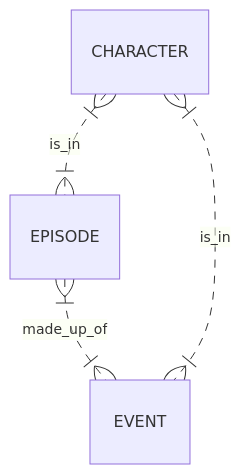
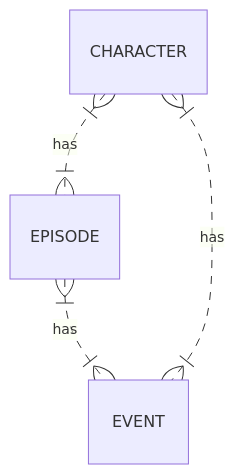
One commit to SunithaWebster/IntoTheBuffyverse changed the diagram in README.md. Above: the diagram before and after it, drawn with Mermaid. The commit also changed other lines of this file and 69 other files, not shown here.

````diff
--- a/README.md
+++ b/README.md
@@ -21,6 +21,6 @@
 ```mermaid
 erDiagram
-         CHARACTER }|..|{ EPISODE : is_in
-          EPISODE }|..|{ EVENT : made_up_of
-          CHARACTER }|..|{ EVENT : is_in
+         CHARACTER }|..|{ EPISODE : has
+          EPISODE }|..|{ EVENT : has
+          CHARACTER }|..|{ EVENT : has
 ```
````
